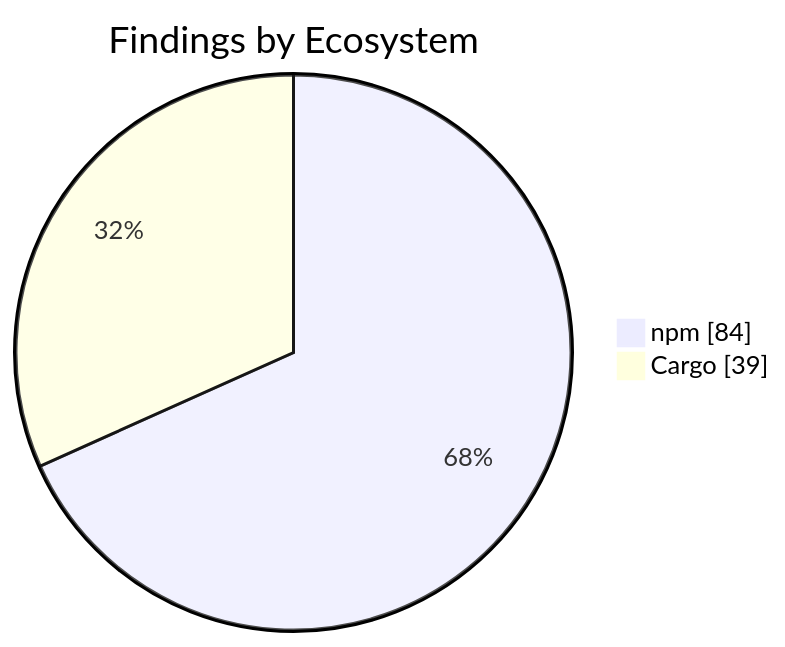
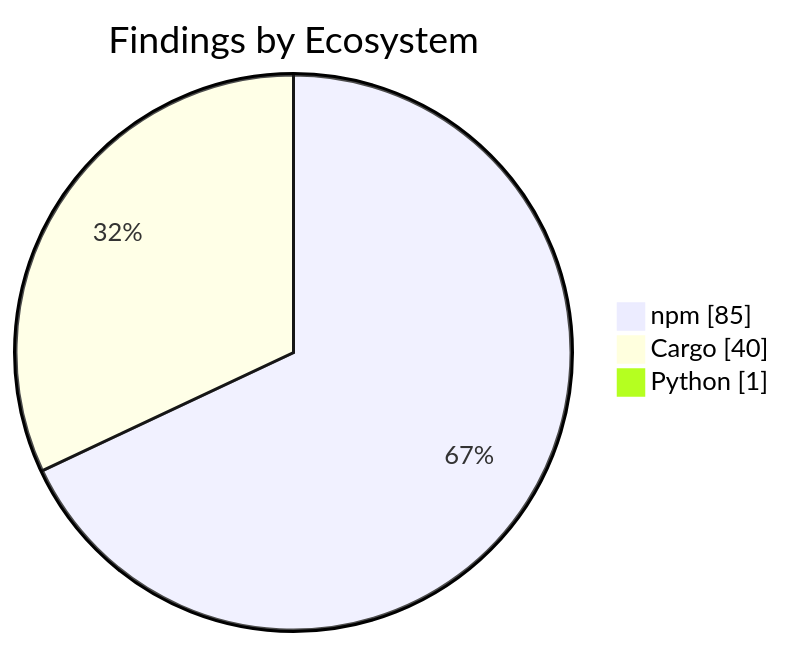
The second of 2 diagrams in apps/kbve/astro-kbve/src/content/docs/dashboard/security.mdx (KBVE/kbve), drawn with Mermaid before and after one commit. The commit also changed other lines of this file and 8 other files, not shown here.

````diff
--- a/apps/kbve/astro-kbve/src/content/docs/dashboard/security.mdx
+++ b/apps/kbve/astro-kbve/src/content/docs/dashboard/security.mdx
@@ -73,6 +73,7 @@
 ```mermaid
 pie showData
     title Findings by Ecosystem
-    "npm" : 84
-    "Cargo" : 39
+    "npm" : 85
+    "Cargo" : 40
+    "Python" : 1
 ```
````
